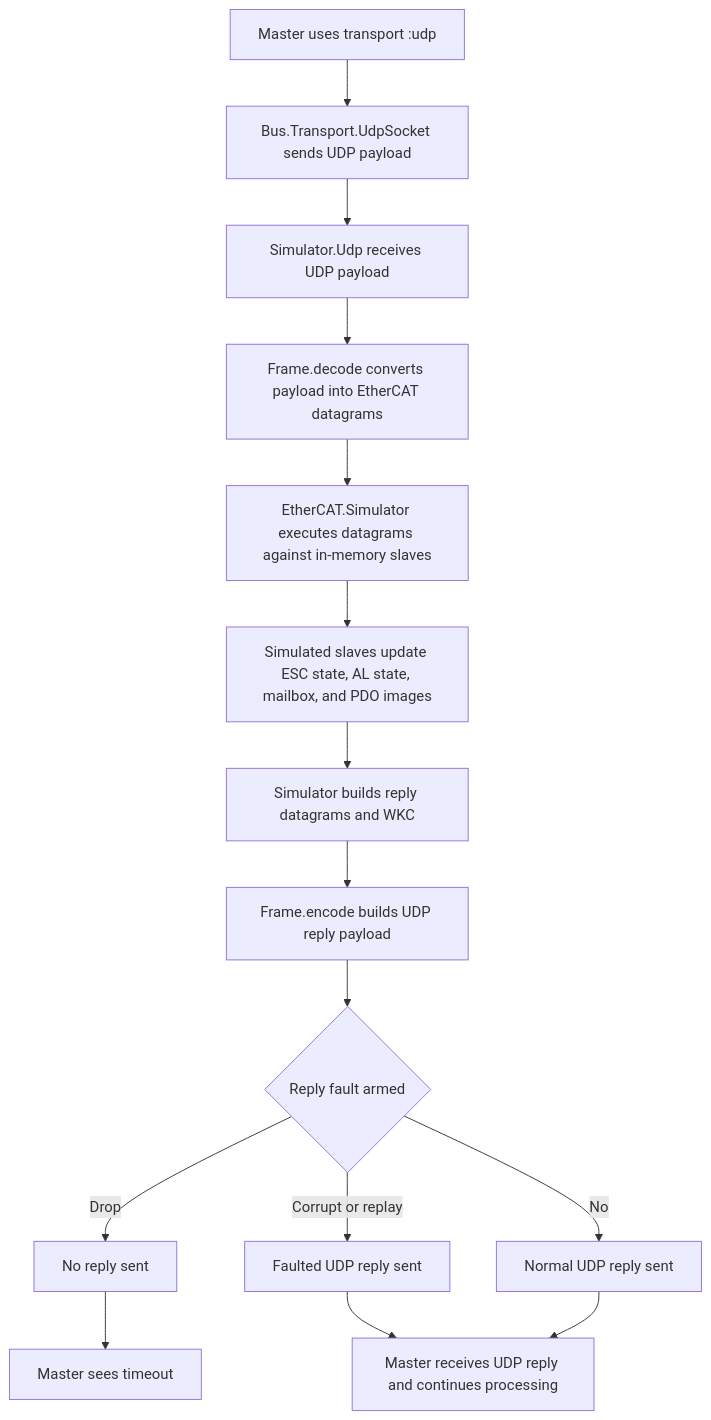
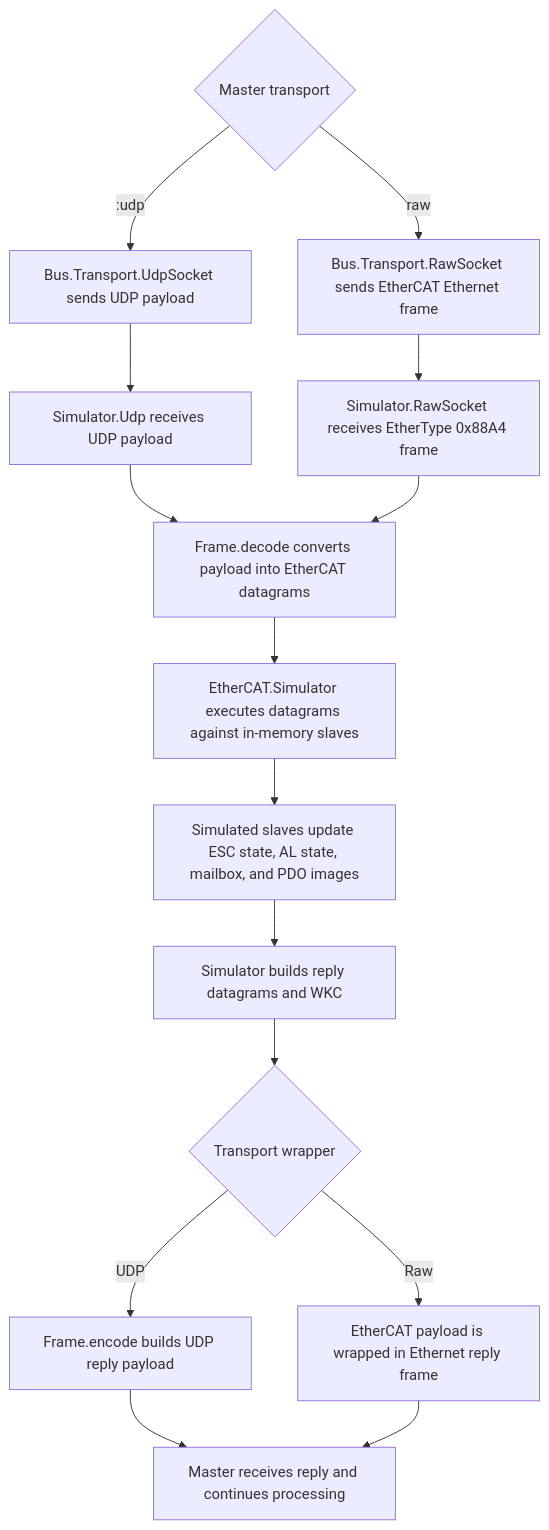
The diagram in lib/ethercat/simulator.md (sid2baker/ethercat), drawn with Mermaid before and after one commit. The commit also changed other lines of this file and 5 other files, not shown here.

First line of the commit message:
feat(simulator): add raw socket endpoint

````diff
--- a/lib/ethercat/simulator.md
+++ b/lib/ethercat/simulator.md
@@ -48,17 +50,18 @@
 ```mermaid
 flowchart TD
-  A[Master uses transport :udp] --> B[Bus.Transport.UdpSocket sends UDP payload]
-  B --> C[Simulator.Udp receives UDP payload]
-  C --> D[Frame.decode converts payload into EtherCAT datagrams]
-  D --> E[EtherCAT.Simulator executes datagrams against in-memory slaves]
-  E --> F[Simulated slaves update ESC state, AL state, mailbox, and PDO images]
-  F --> G[Simulator builds reply datagrams and WKC]
-  G --> H[Frame.encode builds UDP reply payload]
-  H --> I{Reply fault armed}
-  I -- Drop --> J[No reply sent]
-  J --> K[Master sees timeout]
-  I -- Corrupt or replay --> L[Faulted UDP reply sent]
-  I -- No --> M[Normal UDP reply sent]
-  L --> N[Master receives UDP reply and continues processing]
-  M --> N
+  A{Master transport}
+  A -- :udp --> B[Bus.Transport.UdpSocket sends UDP payload]
+  A -- raw --> C[Bus.Transport.RawSocket sends EtherCAT Ethernet frame]
+  B --> D[Simulator.Udp receives UDP payload]
+  C --> E[Simulator.RawSocket receives EtherType 0x88A4 frame]
+  D --> F[Frame.decode converts payload into EtherCAT datagrams]
+  E --> F
+  F --> G[EtherCAT.Simulator executes datagrams against in-memory slaves]
+  G --> H[Simulated slaves update ESC state, AL state, mailbox, and PDO images]
+  H --> I[Simulator builds reply datagrams and WKC]
+  I --> J{Transport wrapper}
+  J -- UDP --> K[Frame.encode builds UDP reply payload]
+  J -- Raw --> L[EtherCAT payload is wrapped in Ethernet reply frame]
+  K --> M[Master receives reply and continues processing]
+  L --> M
 ```
````
